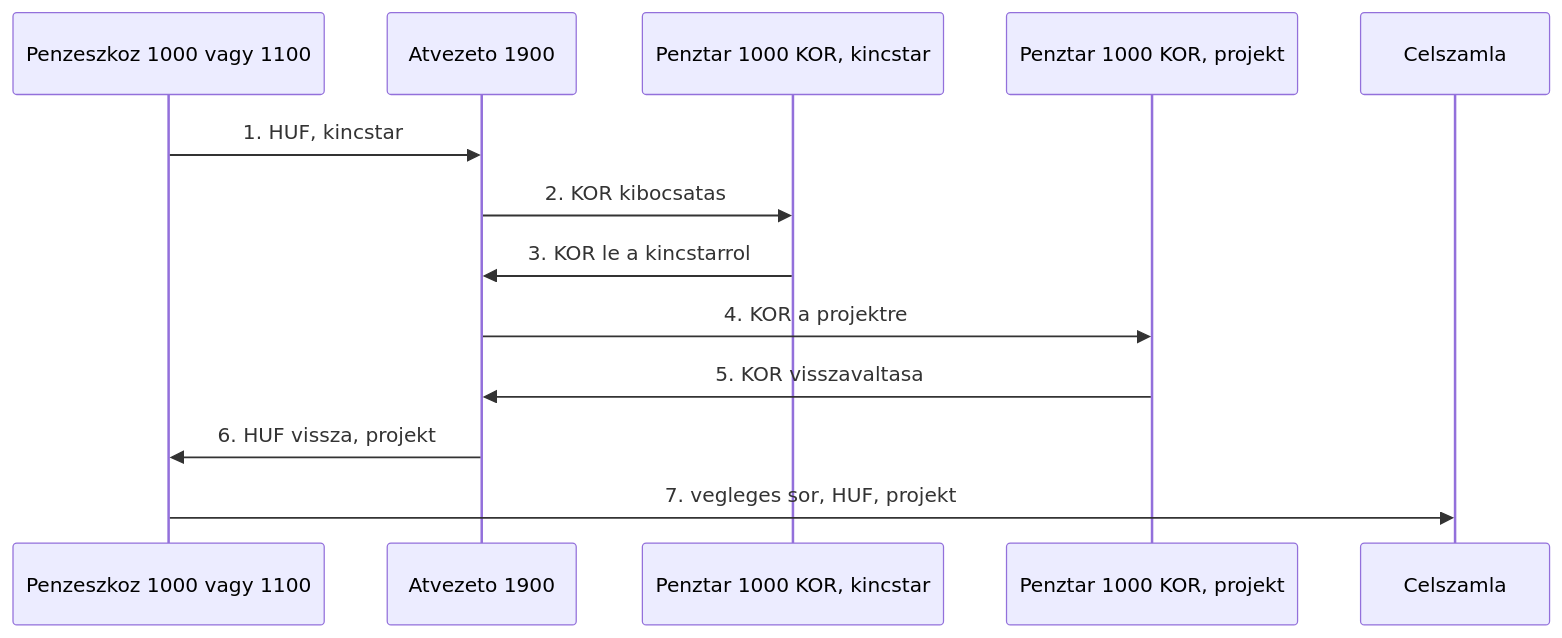
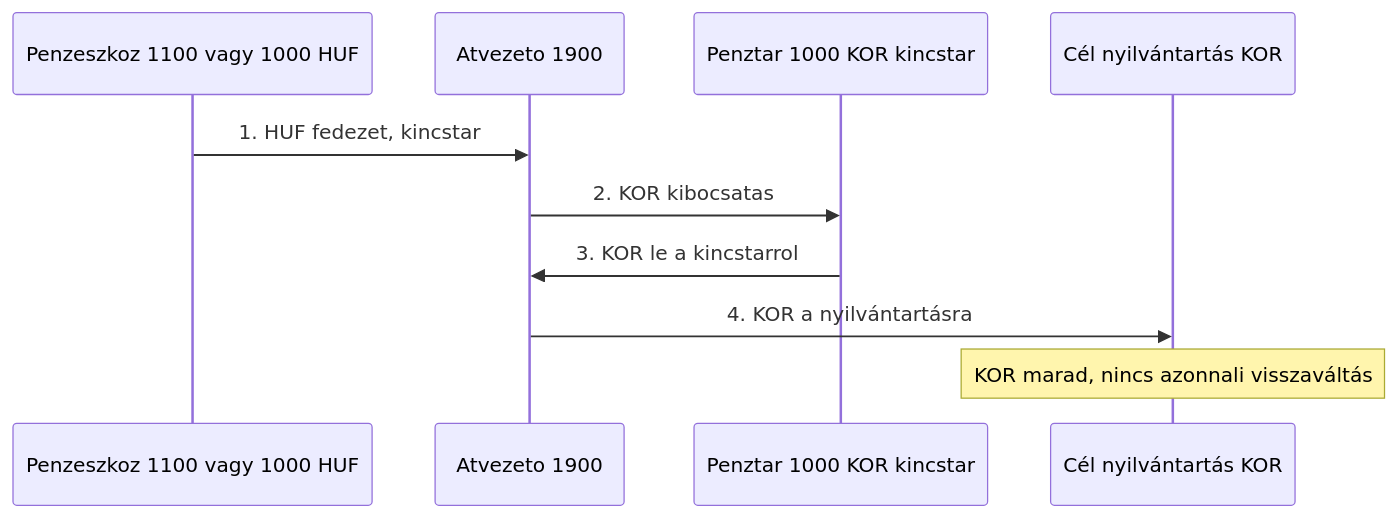
One commit to pitiboy/curr changed the second of 15 diagrams in docs/transaction-workflow.md. Above: the diagram before and after it, drawn with Mermaid. The commit also changed other lines of this file and 1 other file, not shown here.

````diff
--- a/docs/transaction-workflow.md
+++ b/docs/transaction-workflow.md
@@ -137,16 +148,13 @@
 ```mermaid
 sequenceDiagram
-  participant Penz as Penzeszkoz 1000 vagy 1100
+  participant Penz as Penzeszkoz 1100 vagy 1000 HUF
   participant Atv as Atvezeto 1900
-  participant Kincstar as Penztar 1000 KOR, kincstar
-  participant Projekt as Penztar 1000 KOR, projekt
-  participant Cel as Celszamla
+  participant Kincstar as Penztar 1000 KOR kincstar
+  participant Nyilv as Cél nyilvántartás KOR
 
-  Penz->>Atv: 1. HUF, kincstar
+  Penz->>Atv: 1. HUF fedezet, kincstar
   Atv->>Kincstar: 2. KOR kibocsatas
   Kincstar->>Atv: 3. KOR le a kincstarrol
-  Atv->>Projekt: 4. KOR a projektre
-  Projekt->>Atv: 5. KOR visszavaltasa
-  Atv->>Penz: 6. HUF vissza, projekt
-  Penz->>Cel: 7. vegleges sor, HUF, projekt
+  Atv->>Nyilv: 4. KOR a nyilvántartásra
+  Note over Nyilv: KOR marad, nincs azonnali visszaváltás
 ```
````
